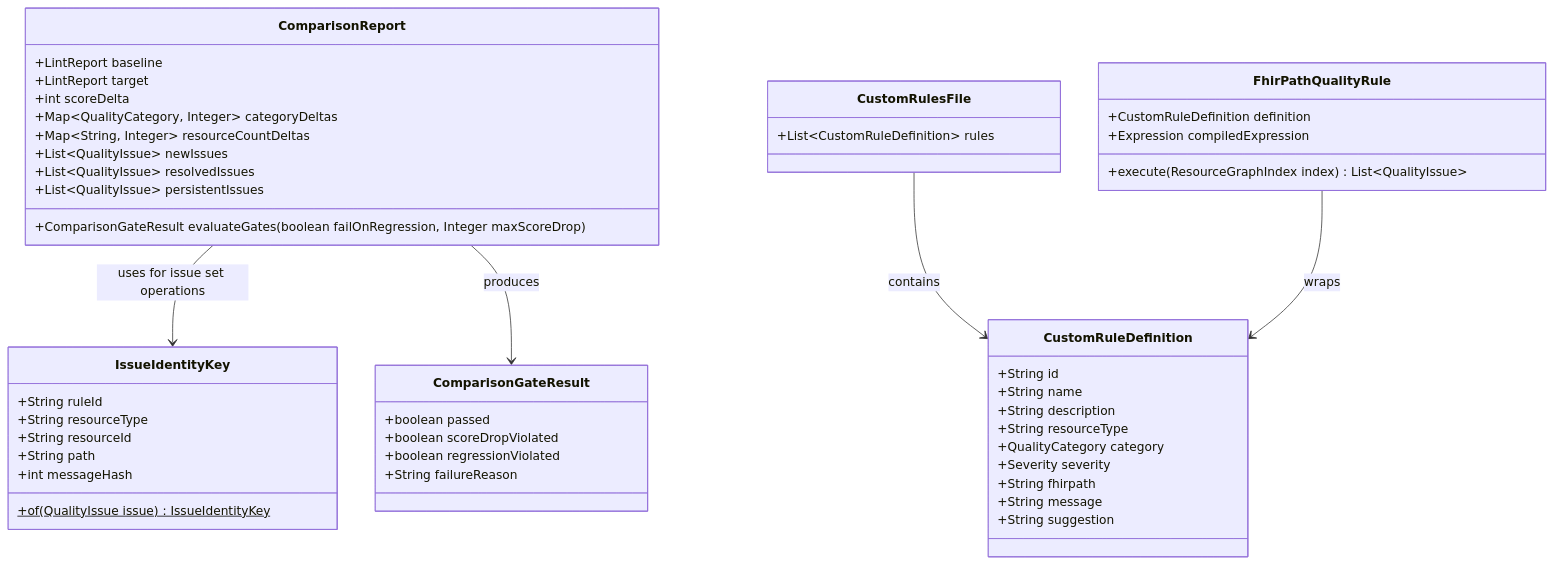
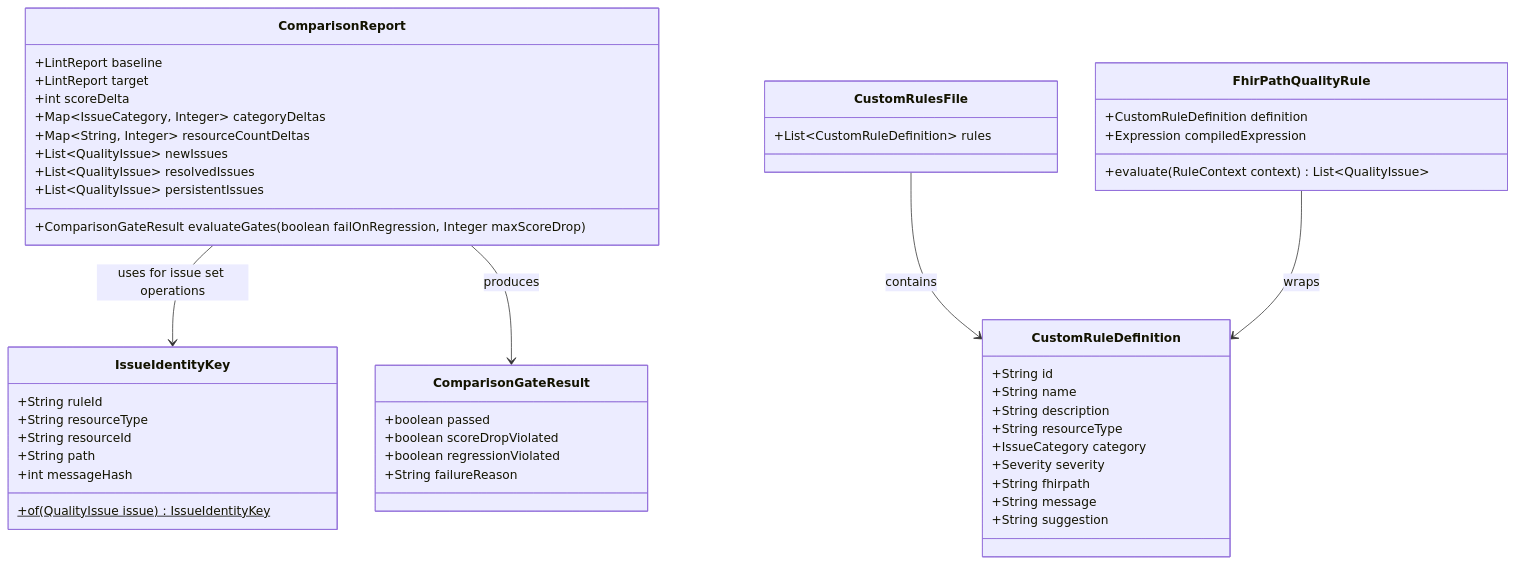
Before and after one commit to braeden512/fhir-lint: the diagram in specs/008-advanced-extensibility-diffing/data-model.md, drawn with Mermaid. The commit also changed 2 other files, not shown here.

Commit message:
docs: align contract and data model types with codebase IssueCategory and US_CORE default

````diff
--- a/specs/008-advanced-extensibility-diffing/data-model.md
+++ b/specs/008-advanced-extensibility-diffing/data-model.md
@@ -9,57 +9,57 @@
 ```mermaid
 classDiagram
     class IssueIdentityKey {
         +String ruleId
         +String resourceType
         +String resourceId
         +String path
         +int messageHash
         +of(QualityIssue issue)$ IssueIdentityKey
     }
 
     class ComparisonReport {
         +LintReport baseline
         +LintReport target
         +int scoreDelta
-        +Map~QualityCategory, Integer~ categoryDeltas
+        +Map~IssueCategory, Integer~ categoryDeltas
         +Map~String, Integer~ resourceCountDeltas
         +List~QualityIssue~ newIssues
         +List~QualityIssue~ resolvedIssues
         +List~QualityIssue~ persistentIssues
         +ComparisonGateResult evaluateGates(boolean failOnRegression, Integer maxScoreDrop)
     }
 
     class ComparisonGateResult {
         +boolean passed
         +boolean scoreDropViolated
         +boolean regressionViolated
         +String failureReason
     }
 
     class CustomRuleDefinition {
         +String id
         +String name
         +String description
         +String resourceType
-        +QualityCategory category
+        +IssueCategory category
         +Severity severity
         +String fhirpath
         +String message
         +String suggestion
     }
 
     class CustomRulesFile {
         +List~CustomRuleDefinition~ rules
     }
 
     class FhirPathQualityRule {
         +CustomRuleDefinition definition
         +Expression compiledExpression
-        +execute(ResourceGraphIndex index) List~QualityIssue~
+        +evaluate(RuleContext context) List~QualityIssue~
     }
 
     ComparisonReport --> IssueIdentityKey : uses for issue set operations
     ComparisonReport --> ComparisonGateResult : produces
     CustomRulesFile --> CustomRuleDefinition : contains
     FhirPathQualityRule --> CustomRuleDefinition : wraps
 ```
````
